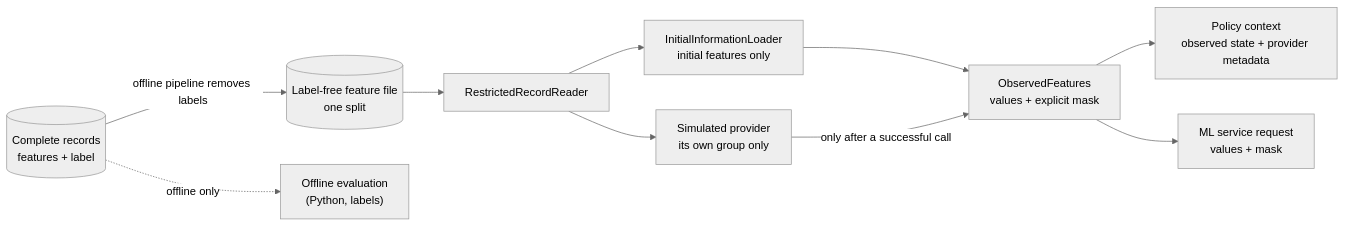
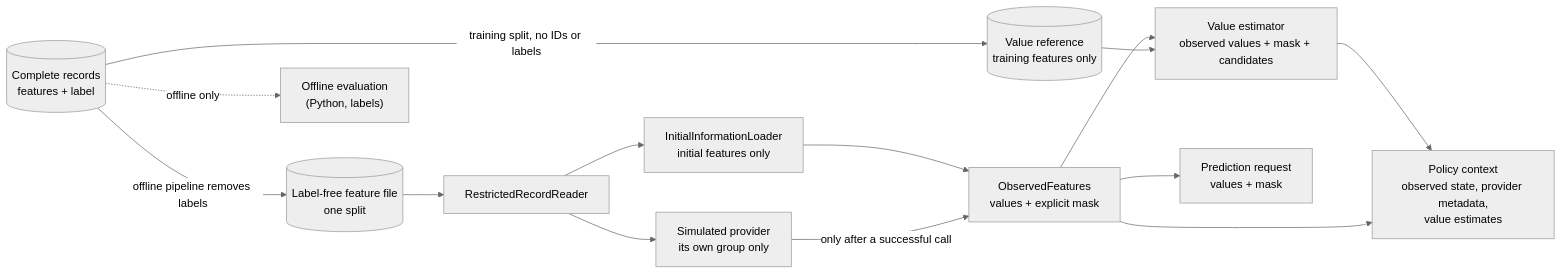
One commit to KseniiaMakarova/provider-aware-acquisition changed the fourth of 8 diagrams in docs/architecture.md. Above: the diagram before and after it, drawn with Mermaid (neutral theme). The commit also changed other lines of this file and 3 other files, not shown here.

````diff
--- a/docs/architecture.md
+++ b/docs/architecture.md
@@ -120,21 +126,27 @@
 ```mermaid
 flowchart LR
     FULL[("Complete records<br/>features + label")]
     FEAT[("Label-free feature file<br/>one split")]
+    REF[("Value reference<br/>training features only")]
     READER["RestrictedRecordReader"]
     INIT["InitialInformationLoader<br/>initial features only"]
     PROV["Simulated provider<br/>its own group only"]
     OBS["ObservedFeatures<br/>values + explicit mask"]
-    POL["Policy context<br/>observed state + provider metadata"]
-    ML["ML service request<br/>values + mask"]
+    EST["Value estimator<br/>observed values + mask + candidates"]
+    POL["Policy context<br/>observed state, provider metadata,<br/>value estimates"]
+    ML["Prediction request<br/>values + mask"]
     EVAL["Offline evaluation<br/>(Python, labels)"]
     FULL -->|"offline pipeline removes labels"| FEAT
+    FULL -->|"training split, no IDs or labels"| REF
     FEAT --> READER
     READER --> INIT
     READER --> PROV
     INIT --> OBS
     PROV -->|"only after a successful call"| OBS
+    OBS --> EST
+    REF --> EST
+    EST --> POL
     OBS --> POL
     OBS --> ML
     FULL -.->|"offline only"| EVAL
 ```
````
